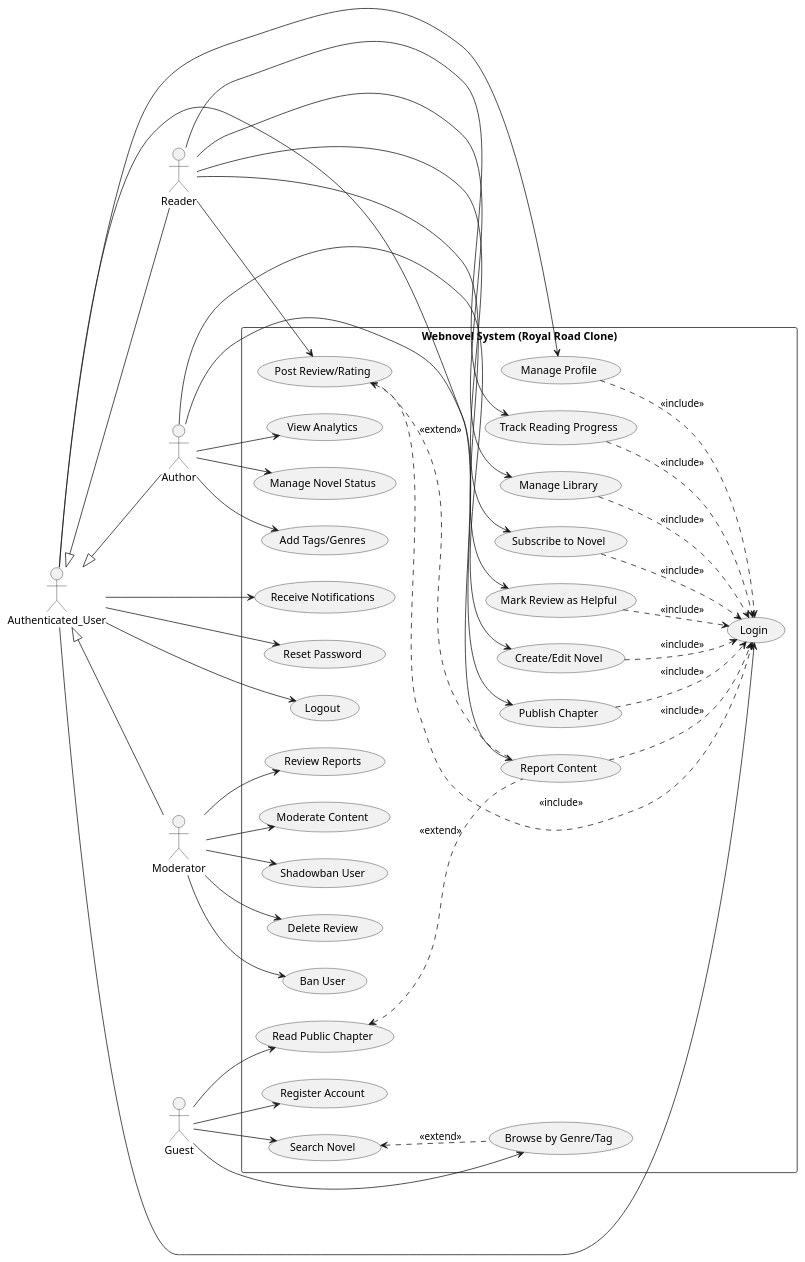
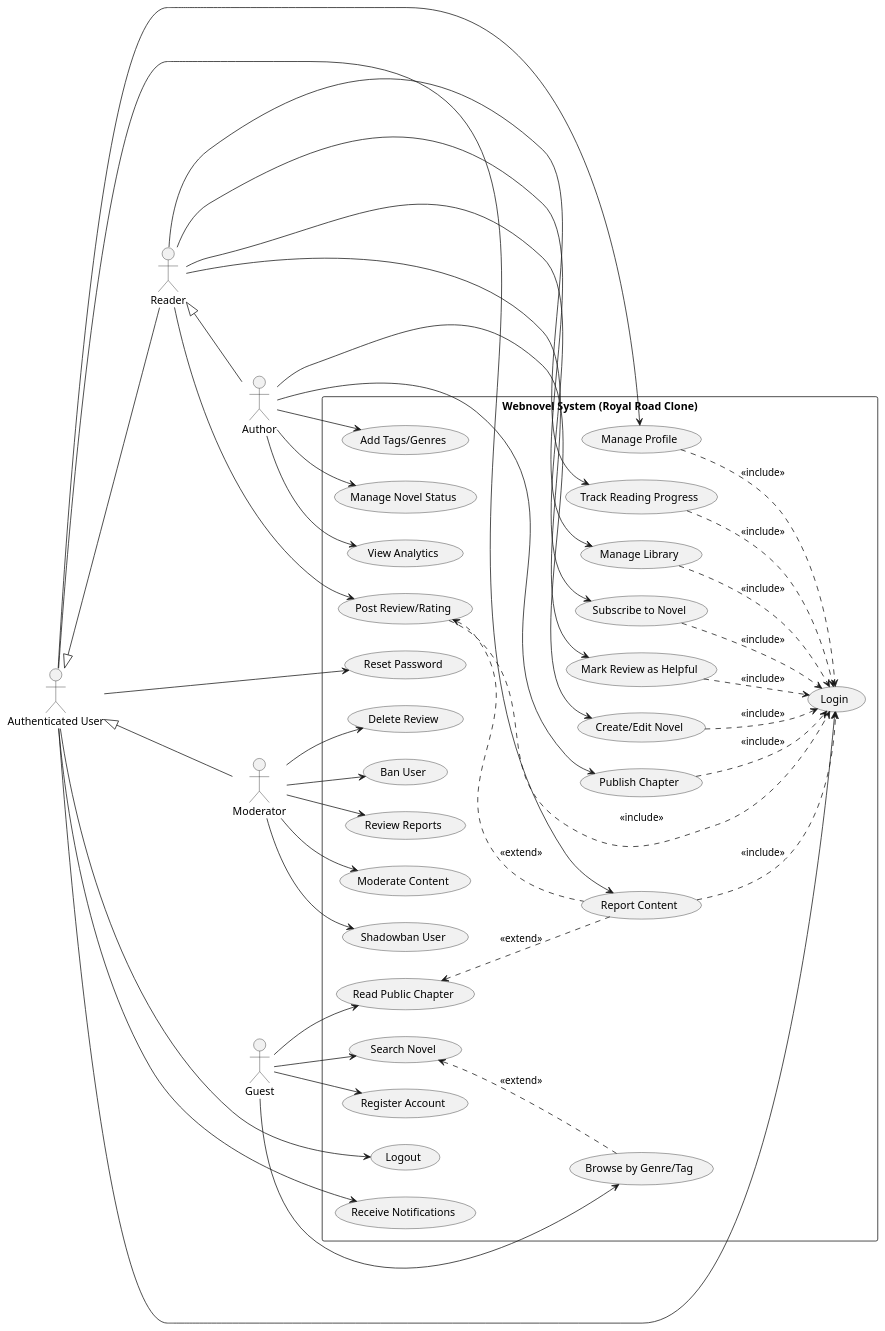
One commit to matthieuzajac/UML_project changed the diagram in src/Use_case.wsd. Above: the diagram before and after it, drawn with PlantUML. The commit also changed 9 other files, not shown here.

Commit message:
Modify UML diagrams: Author inherits from Reader and simplify Use Case diagram

```diff
--- a/src/Use_case.wsd
+++ b/src/Use_case.wsd
@@ -1,100 +1,111 @@
 @startuml usecase
 left to right direction
 skinparam packageStyle rectangle
 
 actor "Guest" as G
-actor "Authenticated_User" as AU
+actor "Authenticated User" as AU
 actor "Reader" as R
 actor "Author" as A
 actor "Moderator" as M
 
-' Héritage des acteurs (cohérent avec votre diagramme de classe)
+' Héritage des acteurs : Author hérite de Reader
+' Un Author est un Reader (peut lire, reviewer, etc.) mais un Reader n'est pas toujours un Author
 AU <|-- R
-AU <|-- A
+R <|-- A
 AU <|-- M
 
 rectangle "Webnovel System (Royal Road Clone)" {
     
-    ' Cas d'utilisation pour les invités
+    ' === Use Cases Communs (Guest) ===
     (Search Novel) as UC1
     (Read Public Chapter) as UC2
     (Browse by Genre/Tag) as UC14
     (Register Account) as UC15
     
-    ' Cas d'utilisation pour les utilisateurs connectés
+    ' === Use Cases Authenticated User ===
     (Login) as UC_Login
     (Logout) as UC_Logout
     (Manage Profile) as UC3
     (Receive Notifications) as UC4
     (Reset Password) as UC16
     (Report Content) as UC13
     
-    ' Cas d'utilisation spécifiques au Lecteur
+    ' === Use Cases Reader (hérite des use cases Auth User) ===
+    ' Un Reader peut faire tout ce qu'un Auth User fait
+    ' + fonctionnalités de lecture spécifiques
     (Post Review/Rating) as UC5
     (Manage Library) as UC6
     (Subscribe to Novel) as UC7
     (Mark Review as Helpful) as UC17
     (Track Reading Progress) as UC18
     
-    ' Cas d'utilisation spécifiques à l'Auteur
+    ' === Use Cases Author (hérite de Reader) ===
+    ' Un Author peut faire tout ce qu'un Reader fait
+    ' + fonctionnalités d'écriture spécifiques
     (Create/Edit Novel) as UC8
     (Publish Chapter) as UC9
     (View Analytics) as UC10
     (Manage Novel Status) as UC19
     (Add Tags/Genres) as UC20
     
-    ' Cas d'utilisation spécifiques au Modérateur
+    ' === Use Cases Moderator (hérite de Auth User) ===
     (Delete Review) as UC11
     (Ban User) as UC12
     (Review Reports) as UC21
     (Moderate Content) as UC22
     (Shadowban User) as UC23
 
     ' Relations Inclusion/Extension
     UC3 ..> UC_Login : <<include>>
     UC5 ..> UC_Login : <<include>>
     UC6 ..> UC_Login : <<include>>
     UC7 ..> UC_Login : <<include>>
     UC8 ..> UC_Login : <<include>>
     UC9 ..> UC_Login : <<include>>
     UC13 ..> UC_Login : <<include>>
     UC17 ..> UC_Login : <<include>>
     UC18 ..> UC_Login : <<include>>
     
     UC2 <.. UC13 : <<extend>>
     UC5 <.. UC13 : <<extend>>
     UC1 <.. UC14 : <<extend>>
 }
 
 ' Liaisons Acteurs -> Cas d'utilisation
+' Guest
 G --> UC1
 G --> UC2
 G --> UC14
 G --> UC15
 
+' Authenticated User
 AU --> UC_Login
 AU --> UC_Logout
 AU --> UC3
 AU --> UC4
 AU --> UC13
 AU --> UC16
 
+' Reader (hérite de Auth User + ajouts)
 R --> UC5
 R --> UC6
 R --> UC7
 R --> UC17
 R --> UC18
 
+' Author (hérite de Reader + ajouts)
+' Note: comme Author hérite de Reader, il peut aussi faire UC5, UC6, UC7, etc.
 A --> UC8
 A --> UC9
 A --> UC10
 A --> UC19
 A --> UC20
 
+' Moderator (hérite de Auth User + ajouts)
 M --> UC11
 M --> UC12
 M --> UC21
 M --> UC22
 M --> UC23
 
 @enduml
```
